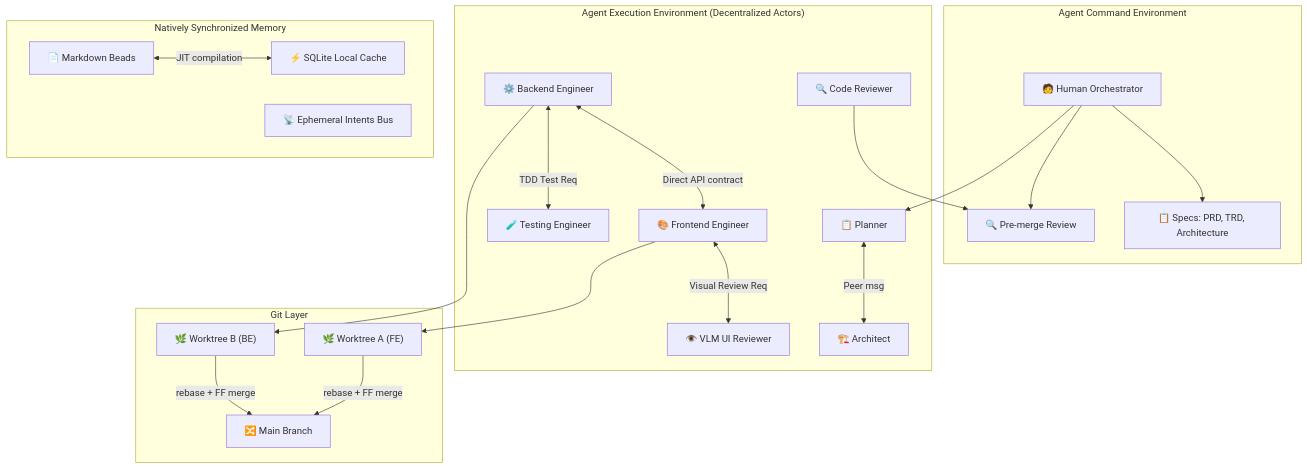
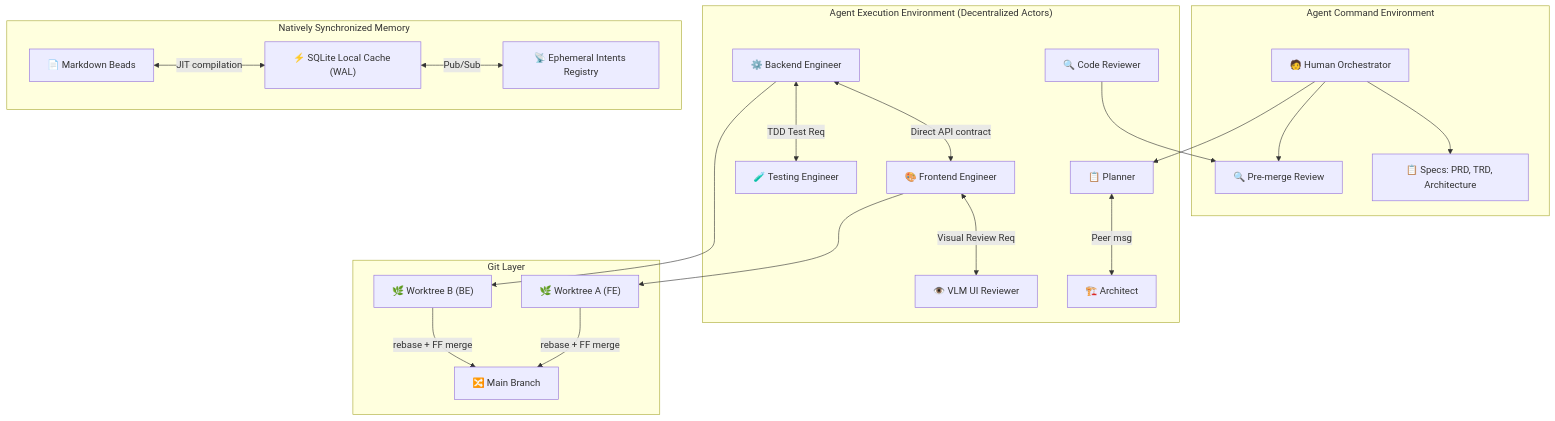
Before and after one commit to VINYASGM/antiskills: the first of 3 diagrams in Architecture.md, drawn with Mermaid. The commit also changed other lines of this file and 13 other files, not shown here.

Commit message:
feat: complete Phase 6 Elite Architectural Overhaul

````diff
--- a/Architecture.md
+++ b/Architecture.md
@@ -15,34 +15,34 @@
 ```mermaid
 graph TD
     subgraph ACE["Agent Command Environment"]
         H["🧑 Human Orchestrator"]
         H --> SPEC["📋 Specs: PRD, TRD, Architecture"]
         H --> REVIEW["🔍 Pre-merge Review"]
     end
 
     subgraph AEE["Agent Execution Environment (Decentralized Actors)"]
         P["📋 Planner"] <-->|Peer msg| A["🏗️ Architect"]
         BE["⚙️ Backend Engineer"] <-->|Direct API contract| FE["🎨 Frontend Engineer"]
         FE <-->|Visual Review Req| VLM["👁️ VLM UI Reviewer"]
         BE <-->|TDD Test Req| TE["🧪 Testing Engineer"]
         CR["🔍 Code Reviewer"] --> REVIEW
     end
 
     subgraph MEM["Natively Synchronized Memory"]
-        MD_B["📄 Markdown Beads"] <-->|JIT compilation| SQL_C["⚡ SQLite Local Cache"]
-        INT["📡 Ephemeral Intents Bus"]
+        MD_B["📄 Markdown Beads"] <-->|JIT compilation| SQL_C["⚡ SQLite Local Cache (WAL)"]
+        SQL_C <-->|Pub/Sub| INT["📡 Ephemeral Intents Registry"]
     end
 
     subgraph GIT["Git Layer"]
         WT_A["🌿 Worktree A (FE)"]
         WT_B["🌿 Worktree B (BE)"]
         MAIN["🔀 Main Branch"]
     end
 
     H --> P
     BE --> WT_B
     FE --> WT_A
 
     WT_A -->|"rebase + FF merge"| MAIN
     WT_B -->|"rebase + FF merge"| MAIN
 ```
````
